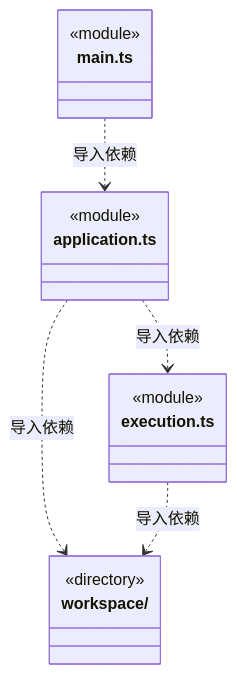
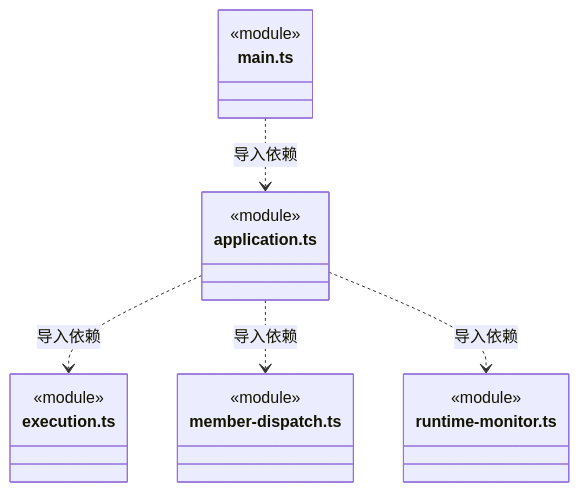
The second of 2 diagrams in src/backend/main/ARCHITECTURE.md (nan023062/cbim), drawn with Mermaid before and after one commit. The commit also changed other lines of this file and 211 other files, not shown here.

````diff
--- a/src/backend/main/ARCHITECTURE.md
+++ b/src/backend/main/ARCHITECTURE.md
@@ -48,19 +51,22 @@
 ```mermaid
 classDiagram
-class N_src_backend_main_workspace["workspace/"] {
-  <<directory>>
-}
 class N_src_backend_main_application_ts["application.ts"] {
   <<module>>
 }
 class N_src_backend_main_execution_ts["execution.ts"] {
   <<module>>
 }
 class N_src_backend_main_main_ts["main.ts"] {
   <<module>>
 }
+class N_src_backend_main_member_dispatch_ts["member-dispatch.ts"] {
+  <<module>>
+}
+class N_src_backend_main_runtime_monitor_ts["runtime-monitor.ts"] {
+  <<module>>
+}
 N_src_backend_main_application_ts ..> N_src_backend_main_execution_ts : 导入依赖
-N_src_backend_main_application_ts ..> N_src_backend_main_workspace : 导入依赖
-N_src_backend_main_execution_ts ..> N_src_backend_main_workspace : 导入依赖
+N_src_backend_main_application_ts ..> N_src_backend_main_member_dispatch_ts : 导入依赖
+N_src_backend_main_application_ts ..> N_src_backend_main_runtime_monitor_ts : 导入依赖
 N_src_backend_main_main_ts ..> N_src_backend_main_application_ts : 导入依赖
 ```
````
